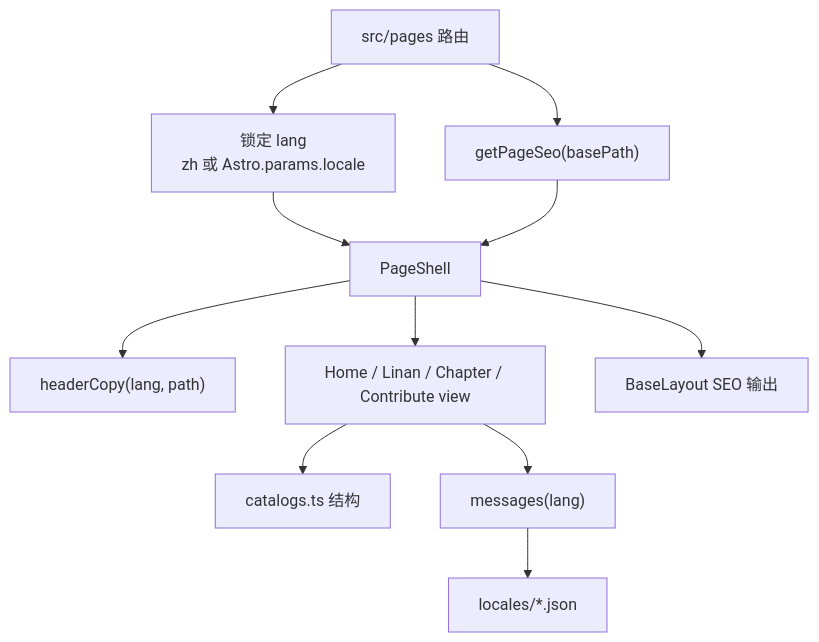
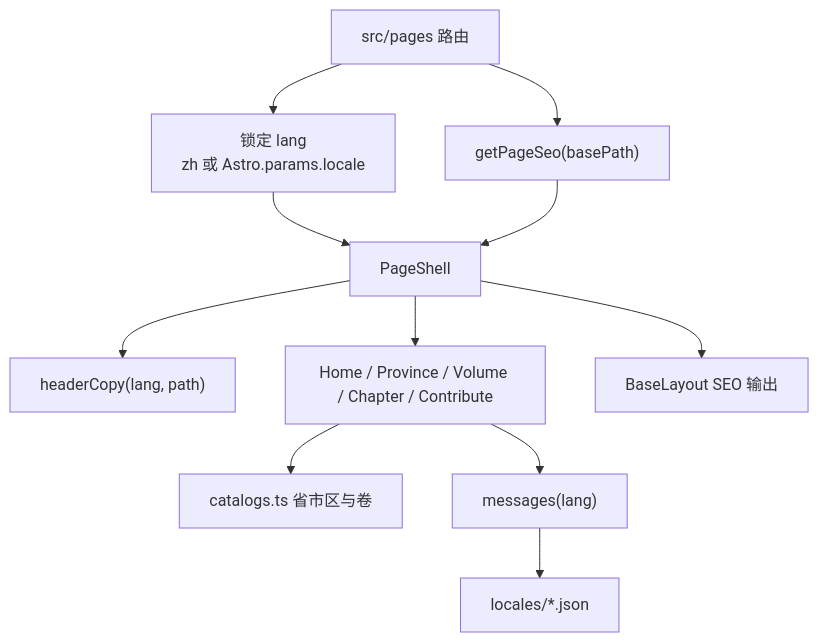
The second of 6 diagrams in brain/flow.md (robinv8/jiuzhou-world), drawn with Mermaid before and after one commit. The commit also changed other lines of this file and 188 other files, not shown here.

````diff
--- a/brain/flow.md
+++ b/brain/flow.md
@@ -34,13 +35,13 @@
 ```mermaid
 flowchart TD
   Route["src/pages 路由"] --> SEO["getPageSeo(basePath)"]
   Route --> Lang["锁定 lang\nzh 或 Astro.params.locale"]
   Lang --> Shell["PageShell"]
   SEO --> Shell
   Shell --> HeaderCopy["headerCopy(lang, path)"]
-  Shell --> View["Home / Linan / Chapter / Contribute view"]
-  View --> Catalogs["catalogs.ts 结构"]
+  Shell --> View["Home / Province / Volume / Chapter / Contribute"]
+  View --> Catalogs["catalogs.ts 省市区与卷"]
   View --> Locale["messages(lang)"]
   Locale --> JSON["locales/*.json"]
   Shell --> Layout["BaseLayout SEO 输出"]
 ```
````
